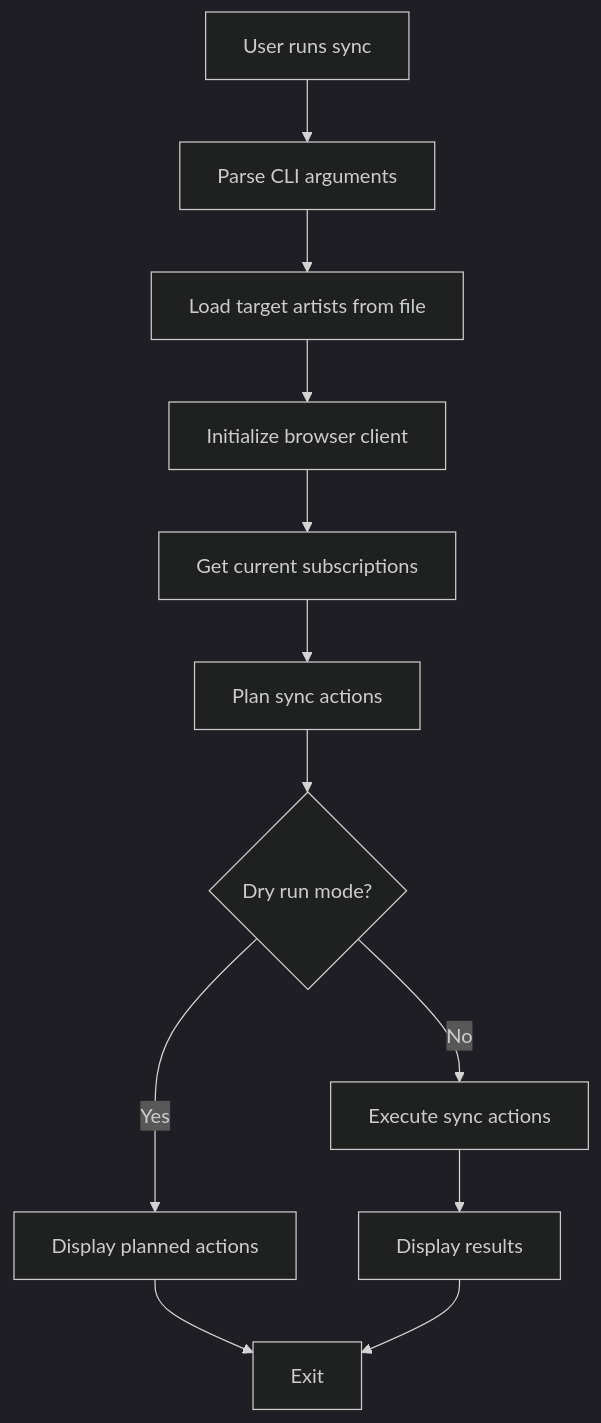
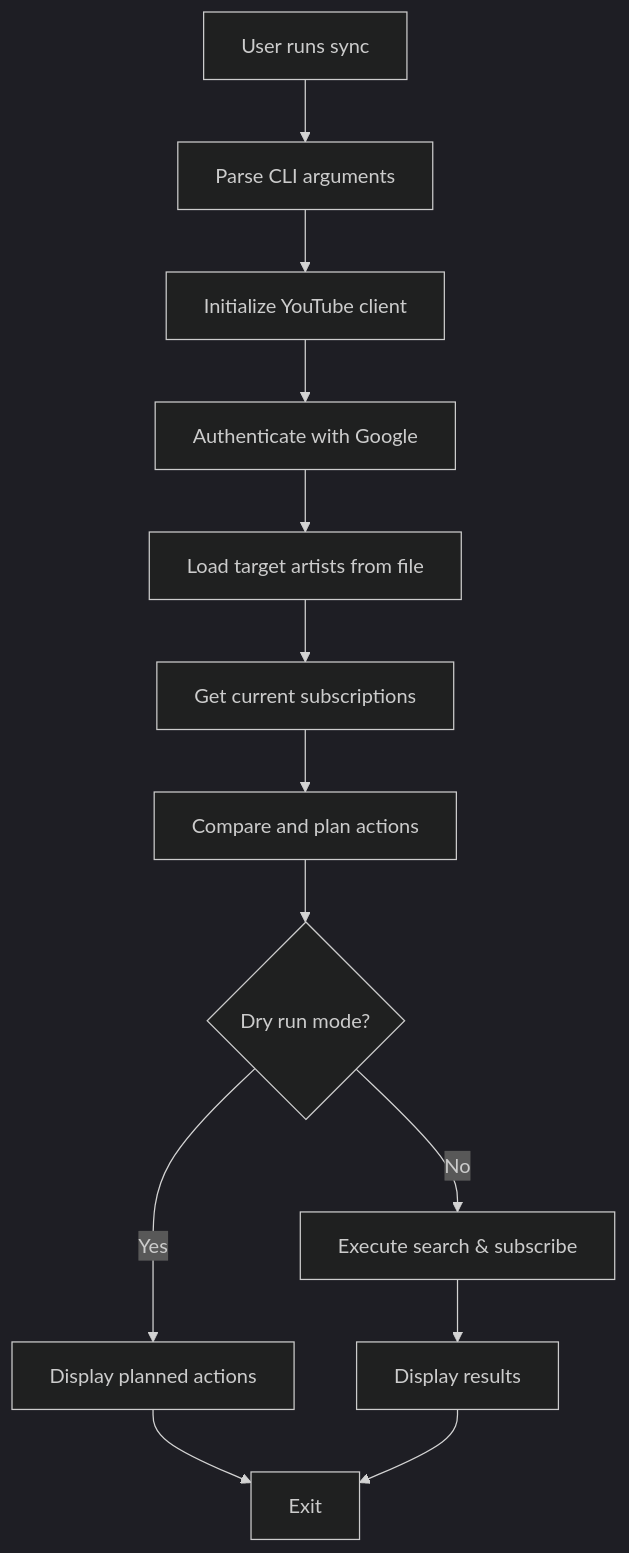
Before and after one commit to cschladetsch/YoutubeMusicSubscriber: the first of 2 diagrams in docs/ARCHITECTURE.md, drawn with Mermaid (dark theme). The commit also changed other lines of this file and 3 other files, not shown here.

````diff
--- a/docs/ARCHITECTURE.md
+++ b/docs/ARCHITECTURE.md
@@ -103,14 +75,15 @@
 ```mermaid
 graph TD
     A[User runs sync] --> B[Parse CLI arguments]
-    B --> C[Load target artists from file]
-    C --> D[Initialize browser client]
-    D --> E[Get current subscriptions]
-    E --> F[Plan sync actions]
-    F --> G{Dry run mode?}
-    G -->|Yes| H[Display planned actions]
-    G -->|No| I[Execute sync actions]
-    I --> J[Display results]
-    H --> K[Exit]
-    J --> K
+    B --> C[Initialize YouTube client]
+    C --> D[Authenticate with Google]
+    D --> E[Load target artists from file]
+    E --> F[Get current subscriptions]
+    F --> G[Compare and plan actions]
+    G --> H{Dry run mode?}
+    H -->|Yes| I[Display planned actions]
+    H -->|No| J[Execute search & subscribe]
+    J --> K[Display results]
+    I --> L[Exit]
+    K --> L
 ```
````
